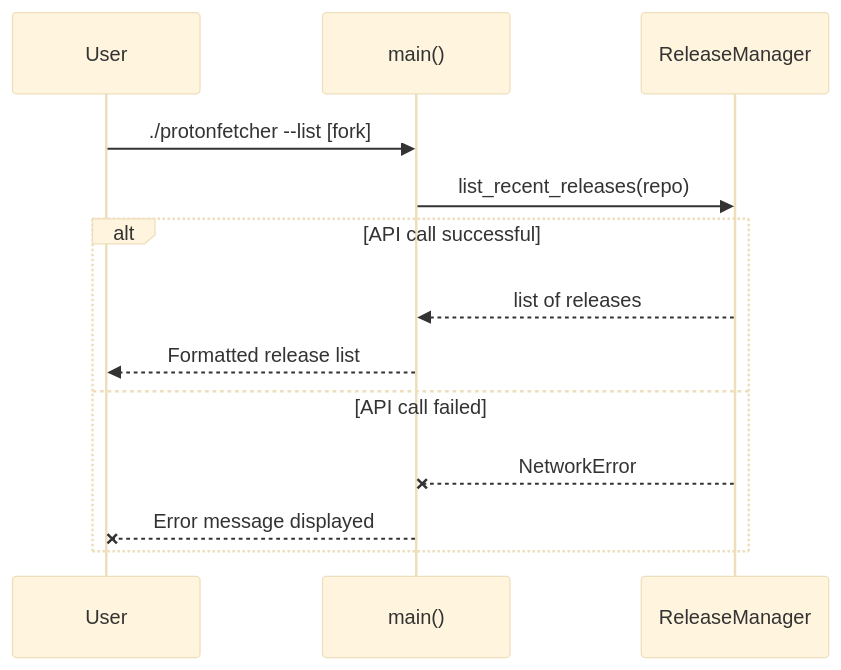
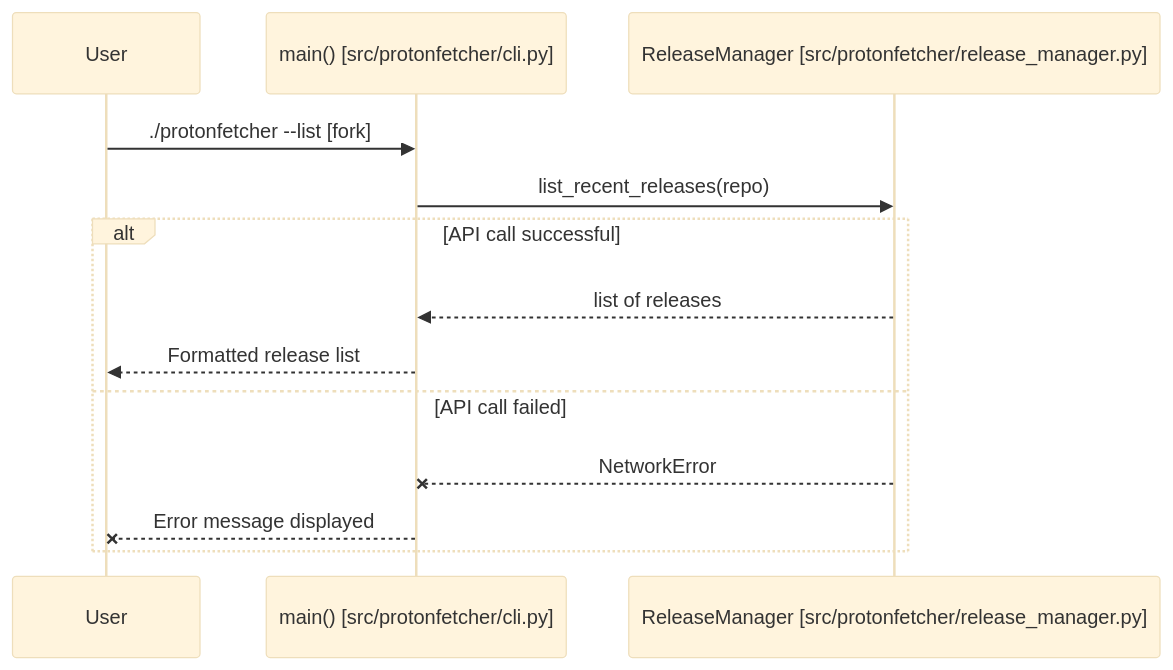
The sixth of 8 diagrams in DESIGN.md (WombatFromHell/protonge-fetcher), drawn with Mermaid (base theme) before and after one commit. The commit also changed other lines of this file and 50 other files, not shown here.

````diff
--- a/DESIGN.md
+++ b/DESIGN.md
@@ -326,16 +429,16 @@
 ```mermaid
 sequenceDiagram
     participant U as User
-    participant M as main()
-    participant RM as ReleaseManager
+    participant M as main() [src/protonfetcher/cli.py]
+    participant RM as ReleaseManager [src/protonfetcher/release_manager.py]
 
     U->>M: ./protonfetcher --list [fork]
     M->>RM: list_recent_releases(repo)
     alt API call successful
         RM-->>M: list of releases
         M-->>U: Formatted release list
     else API call failed
         RM--x M: NetworkError
         M--x U: Error message displayed
     end
 ```
````
